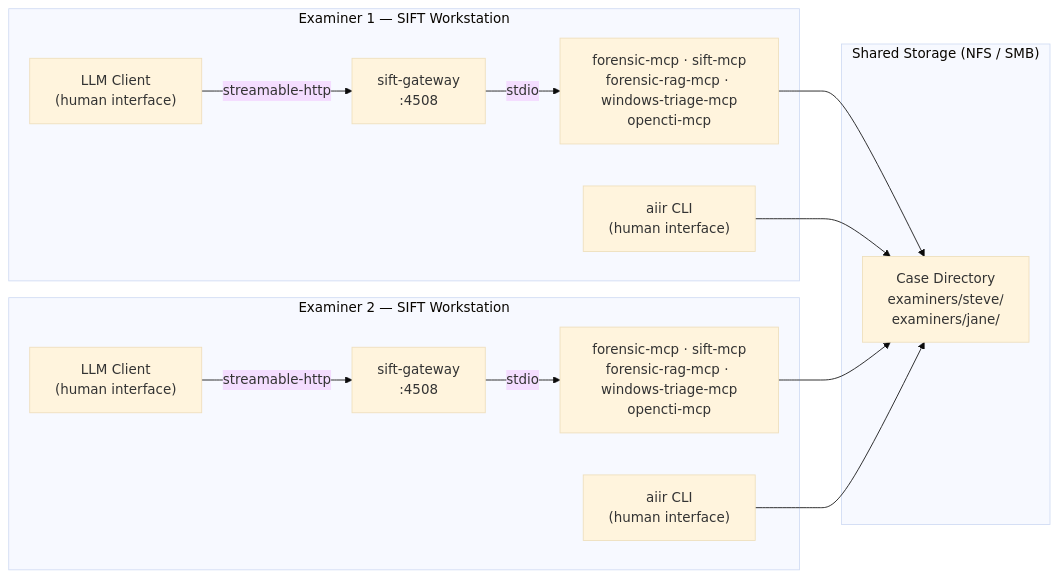
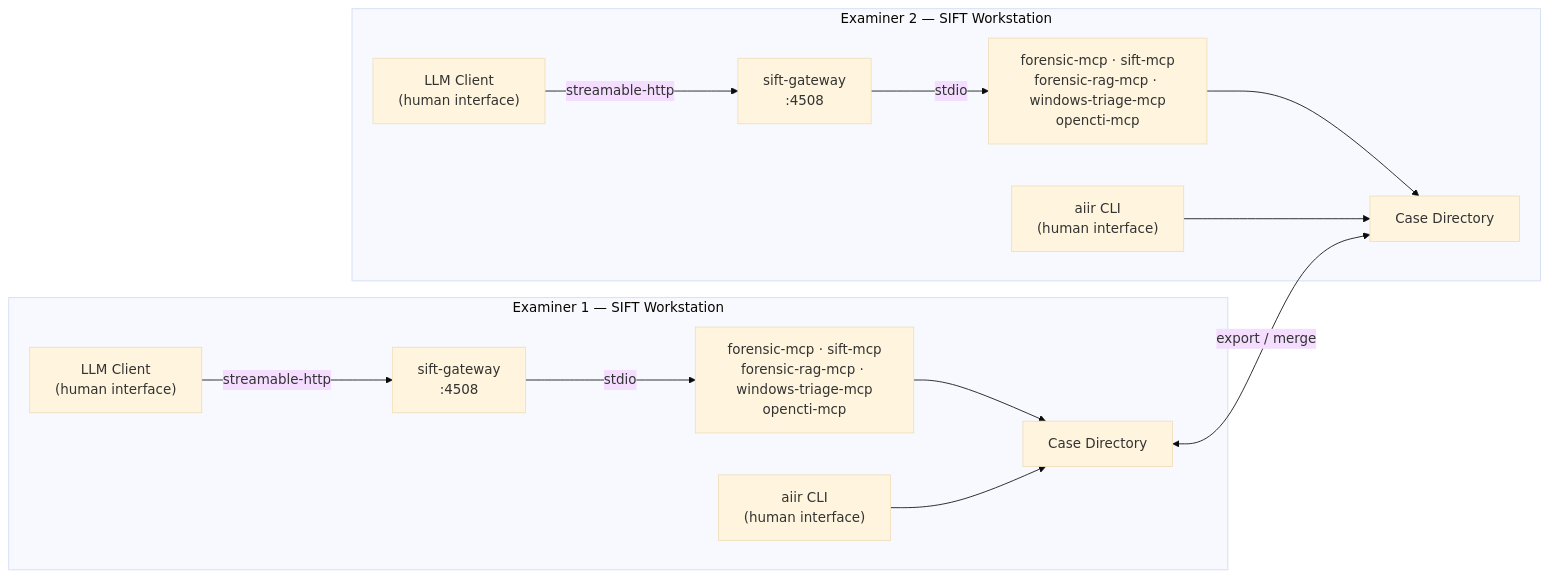
One commit to AppliedIR/aiir changed the sixth of 6 diagrams in README.md. Above: the diagram before and after it, drawn with Mermaid (base theme). The commit also changed other lines of this file, not shown here.

Commit message:
update README for redesign: flat case dir, new tool counts, merge-based collab, new CLI commands

````diff
--- a/README.md
+++ b/README.md
@@ -212,31 +212,30 @@
 ```mermaid
 graph LR
     subgraph e1 ["Examiner 1 — SIFT Workstation"]
         CC1["LLM Client<br/>(human interface)"]
         CLI1["aiir CLI<br/>(human interface)"]
         GW1["sift-gateway<br/>:4508"]
         MCPs1["forensic-mcp · sift-mcp<br/>forensic-rag-mcp · windows-triage-mcp<br/>opencti-mcp"]
+        CASE1["Case Directory"]
 
         CC1 -->|"streamable-http"| GW1
         GW1 -->|stdio| MCPs1
+        MCPs1 --> CASE1
+        CLI1 --> CASE1
     end
 
     subgraph e2 ["Examiner 2 — SIFT Workstation"]
         CC2["LLM Client<br/>(human interface)"]
         CLI2["aiir CLI<br/>(human interface)"]
         GW2["sift-gateway<br/>:4508"]
         MCPs2["forensic-mcp · sift-mcp<br/>forensic-rag-mcp · windows-triage-mcp<br/>opencti-mcp"]
+        CASE2["Case Directory"]
 
         CC2 -->|"streamable-http"| GW2
         GW2 -->|stdio| MCPs2
+        MCPs2 --> CASE2
+        CLI2 --> CASE2
     end
 
-    subgraph shared ["Shared Storage (NFS / SMB)"]
-        CASE["Case Directory<br/>examiners/steve/<br/>examiners/jane/"]
-    end
-
-    MCPs1 --> CASE
-    CLI1 --> CASE
-    MCPs2 --> CASE
-    CLI2 --> CASE
+    CASE1 <-->|"export / merge"| CASE2
 ```
````
